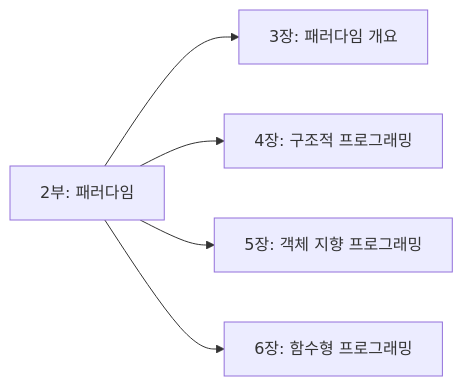
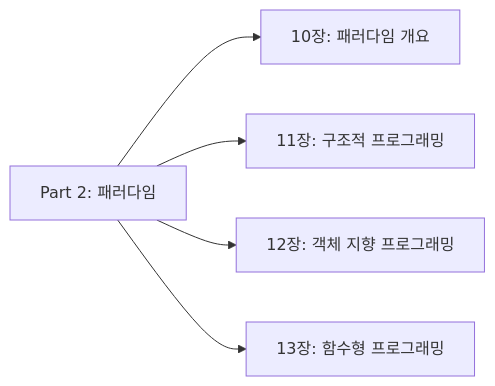
The third of 3 diagrams in content/collection/cleanarchitecture/09-programming-paradigms-introduction/index.md (42jerrykim/42jerrykim.github.io), drawn with Mermaid before and after one commit. The commit also changed other lines of this file and 46 other files, not shown here.

First line of the commit message:
quality: Clean Architecture 시리즈 품질 개선 (post-quality-loop 1라운드)

````diff
--- a/content/collection/cleanarchitecture/09-programming-paradigms-introduction/index.md
+++ b/content/collection/cleanarchitecture/09-programming-paradigms-introduction/index.md
@@ -166,7 +197,7 @@
 ```mermaid
 flowchart LR
-    P2[2부: 패러다임] --> C3[3장: 패러다임 개요]
-    P2 --> C4[4장: 구조적 프로그래밍]
-    P2 --> C5[5장: 객체 지향 프로그래밍]
-    P2 --> C6[6장: 함수형 프로그래밍]
+    P2[Part 2: 패러다임] --> C10[10장: 패러다임 개요]
+    P2 --> C11[11장: 구조적 프로그래밍]
+    P2 --> C12[12장: 객체 지향 프로그래밍]
+    P2 --> C13[13장: 함수형 프로그래밍]
 ```
````
